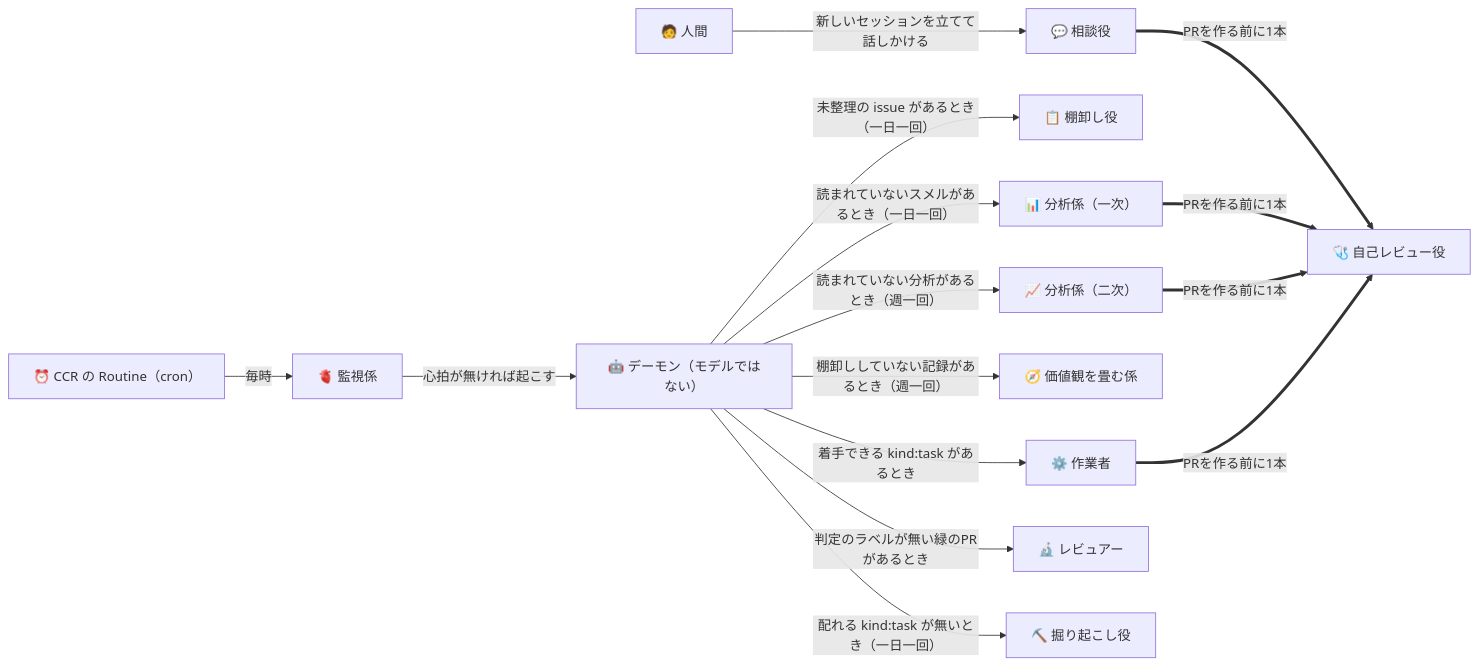
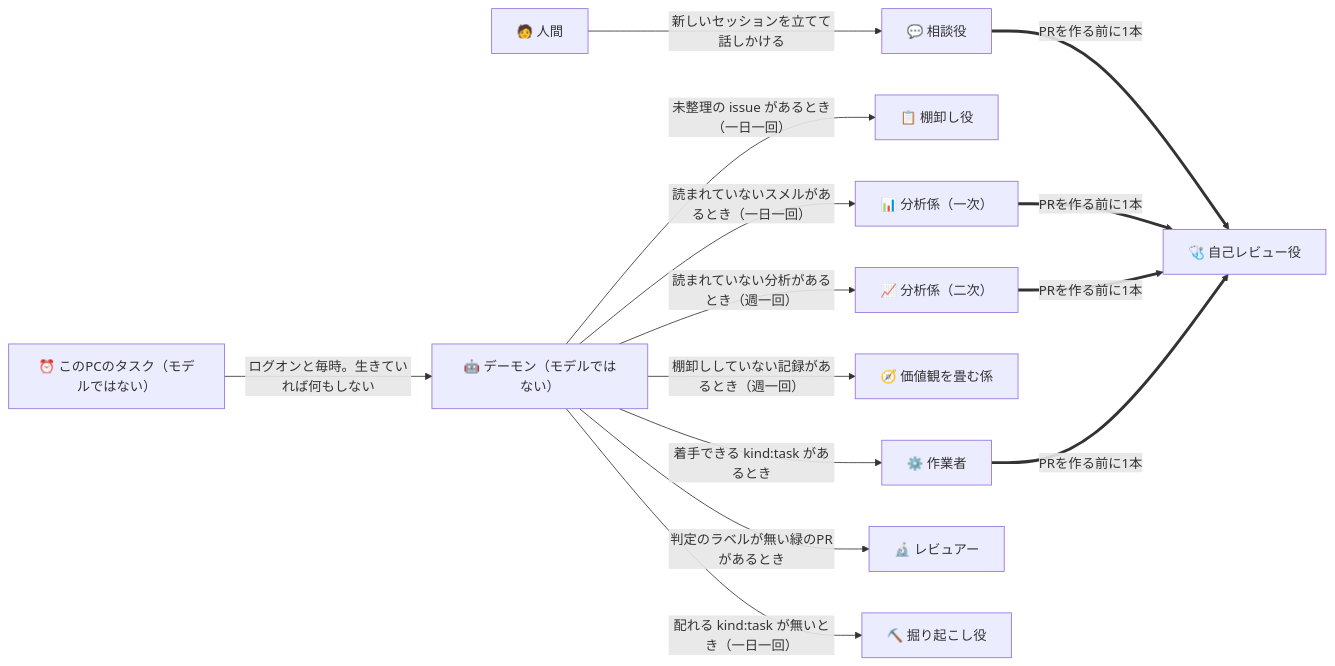
Before and after one commit to gooyyu1/UnmappedIsland: the first of 5 diagrams in docs/ParallelAgents.md, drawn with Mermaid. The commit also changed other lines of this file and 12 other files, not shown here.

````diff
--- a/docs/ParallelAgents.md
+++ b/docs/ParallelAgents.md
@@ -28,31 +28,29 @@
 ```mermaid
 flowchart LR
     Human["🧑 人間"]
-    Cron["⏰ CCR の Routine（cron）"]
-    Watch["🫀 監視係"]
+    Task["⏰ このPCのタスク（モデルではない）"]
     Daemon["🤖 デーモン（モデルではない）"]
     Adviser["💬 相談役"]
     Triage["📋 棚卸し役"]
     Analysis["📊 分析係（一次）"]
     Trend["📈 分析係（二次）"]
     Policy["🧭 価値観を畳む係"]
     Reviewer["🔬 レビュアー"]
     Worker["⚙️ 作業者"]
     SelfReview["🩺 自己レビュー役"]
     Digger["⛏️ 掘り起こし役"]
 
     Human -->|"新しいセッションを立てて話しかける"| Adviser
-    Cron -->|"毎時"| Watch
-    Watch -->|"心拍が無ければ起こす"| Daemon
+    Task -->|"ログオンと毎時。生きていれば何もしない"| Daemon
     Daemon -->|"未整理の issue があるとき（一日一回）"| Triage
     Daemon -->|"読まれていないスメルがあるとき（一日一回）"| Analysis
     Daemon -->|"読まれていない分析があるとき（週一回）"| Trend
     Daemon -->|"棚卸ししていない記録があるとき（週一回）"| Policy
     Daemon -->|"着手できる kind:task があるとき"| Worker
     Daemon -->|"判定のラベルが無い緑のPRがあるとき"| Reviewer
     Daemon -->|"配れる kind:task が無いとき（一日一回）"| Digger
     Worker ==>|"PRを作る前に1本"| SelfReview
     Analysis ==>|"PRを作る前に1本"| SelfReview
     Trend ==>|"PRを作る前に1本"| SelfReview
     Adviser ==>|"PRを作る前に1本"| SelfReview
 ```
````
